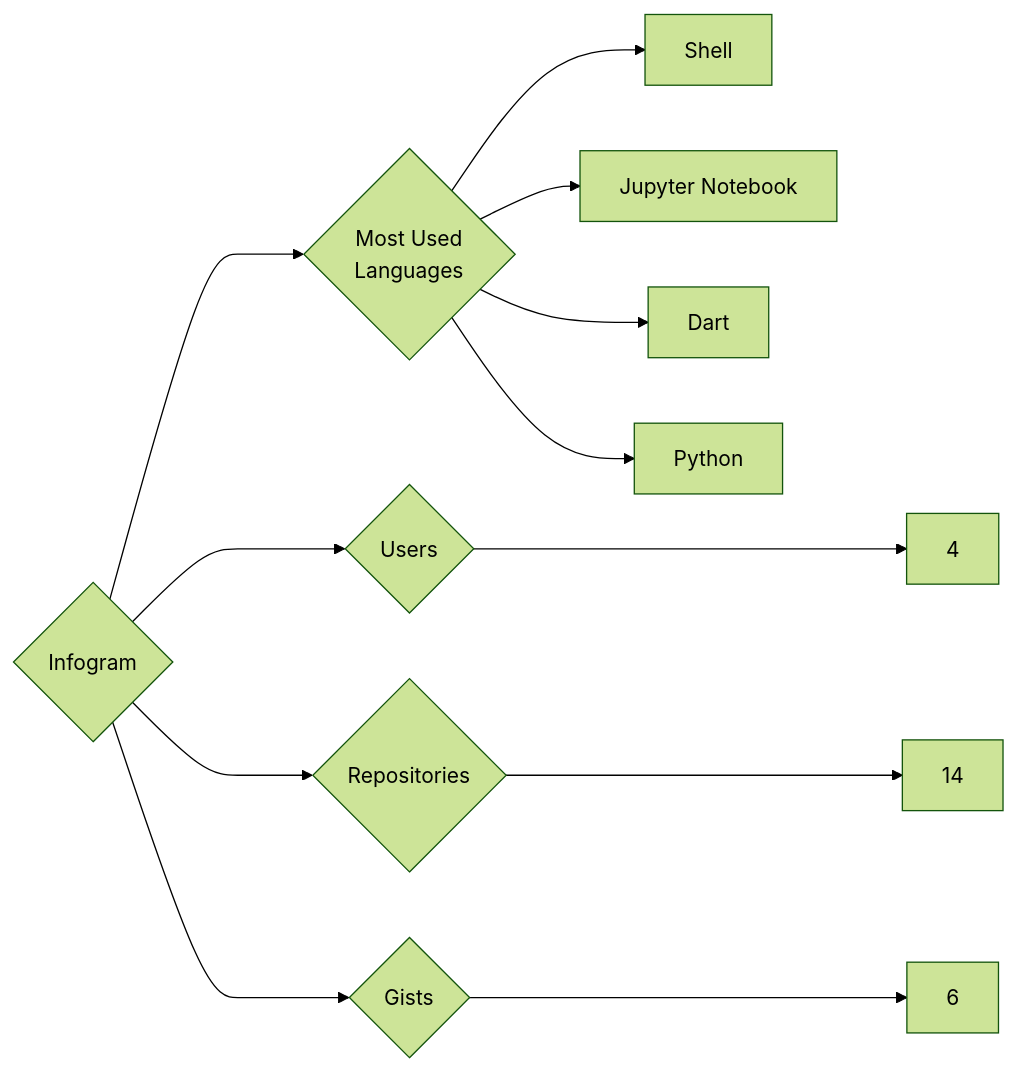
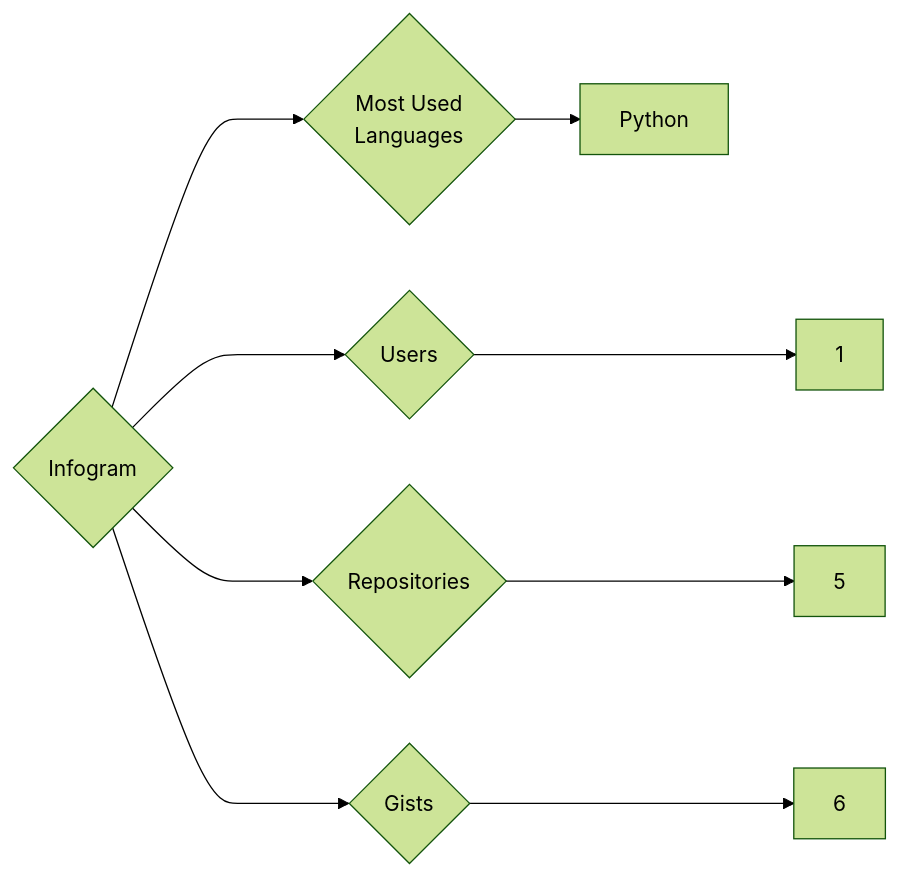
One commit to trickest/insiders changed the diagram in targets/Infogram/README.md. Above: the diagram before and after it, drawn with Mermaid (forest theme). The commit also changed 1055 other files, not shown here.

````diff
--- a/targets/Infogram/README.md
+++ b/targets/Infogram/README.md
@@ -3,12 +3,9 @@
 ```mermaid
 graph LR
 COMPANY_NAME{Infogram}
-COMPANY_NAME ---> U{Users} ---> UN[4]
-COMPANY_NAME ---> R{Repositories} ---> RN[14]
+COMPANY_NAME ---> U{Users} ---> UN[1]
+COMPANY_NAME ---> R{Repositories} ---> RN[5]
 COMPANY_NAME ---> G{Gists} ---> GN[6]
 COMPANY_NAME ---> ML{Most Used<br>Languages}
-ML --> Shell[Shell]
-ML --> Jupyter_Notebook[Jupyter Notebook]
-ML --> Dart[Dart]
 ML --> Python[Python]
 ```
````
